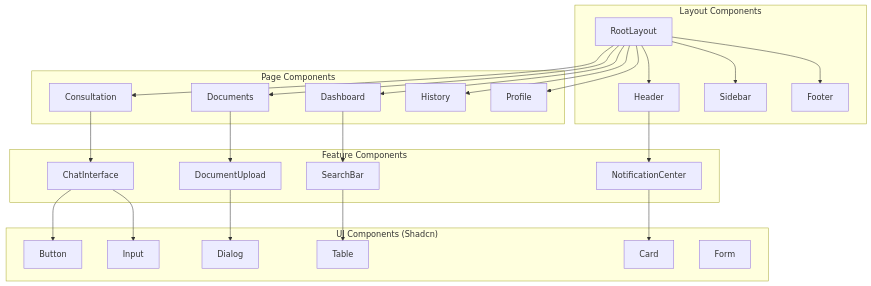
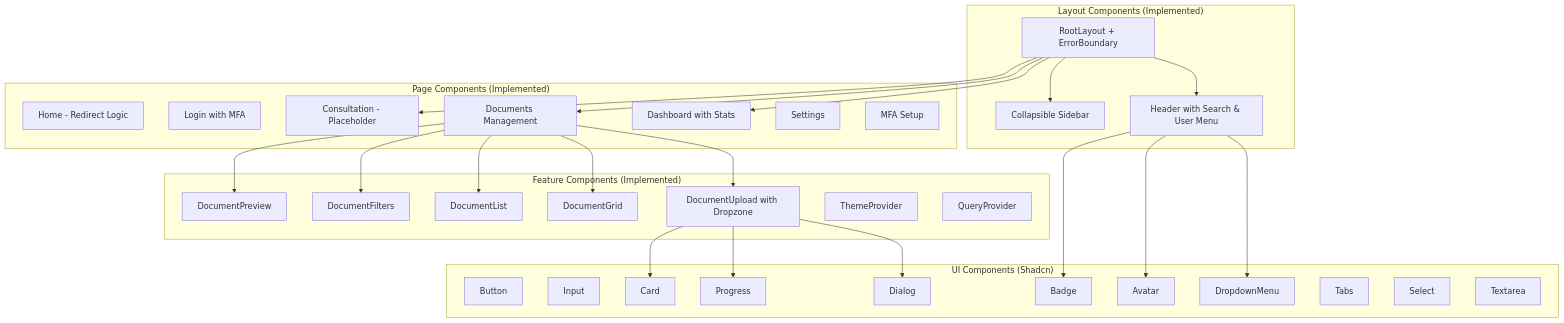
The second of 2 diagrams in .kiro/specs/frontend/design.md (MatthewTran22/KiroHack), drawn with Mermaid before and after one commit. The commit also changed other lines of this file and 2 other files, not shown here.

````diff
--- a/.kiro/specs/frontend/design.md
+++ b/.kiro/specs/frontend/design.md
@@ -69,53 +81,62 @@
 ```mermaid
 graph TB
-    subgraph "Layout Components"
-        LAYOUT[RootLayout]
-        HEADER[Header]
-        SIDEBAR[Sidebar]
-        FOOTER[Footer]
+    subgraph "Layout Components (Implemented)"
+        LAYOUT[RootLayout + ErrorBoundary]
+        HEADER[Header with Search & User Menu]
+        SIDEBAR[Collapsible Sidebar]
     end
     
-    subgraph "Page Components"
-        DASHBOARD[Dashboard]
-        CONSULTATION[Consultation]
-        DOCUMENTS[Documents]
-        HISTORY[History]
-        PROFILE[Profile]
+    subgraph "Page Components (Implemented)"
+        HOME[Home - Redirect Logic]
+        LOGIN[Login with MFA]
+        DASHBOARD[Dashboard with Stats]
+        DOCUMENTS[Documents Management]
+        CONSULTATION[Consultation - Placeholder]
+        SETTINGS[Settings]
+        MFA_SETUP[MFA Setup]
     end
     
-    subgraph "Feature Components"
-        CHAT[ChatInterface]
-        UPLOAD[DocumentUpload]
-        SEARCH[SearchBar]
-        NOTIFICATIONS[NotificationCenter]
+    subgraph "Feature Components (Implemented)"
+        DOC_UPLOAD[DocumentUpload with Dropzone]
+        DOC_GRID[DocumentGrid]
+        DOC_LIST[DocumentList]
+        DOC_FILTERS[DocumentFilters]
+        DOC_PREVIEW[DocumentPreview]
+        THEME_PROVIDER[ThemeProvider]
+        QUERY_PROVIDER[QueryProvider]
     end
     
     subgraph "UI Components (Shadcn)"
         BUTTON[Button]
         INPUT[Input]
+        CARD[Card]
         DIALOG[Dialog]
-        TABLE[Table]
-        CARD[Card]
-        FORM[Form]
+        DROPDOWN[DropdownMenu]
+        AVATAR[Avatar]
+        BADGE[Badge]
+        PROGRESS[Progress]
+        TABS[Tabs]
+        SELECT[Select]
+        TEXTAREA[Textarea]
     end
     
     LAYOUT --> HEADER
     LAYOUT --> SIDEBAR
-    LAYOUT --> FOOTER
     LAYOUT --> DASHBOARD
+    LAYOUT --> DOCUMENTS
     LAYOUT --> CONSULTATION
-    LAYOUT --> DOCUMENTS
-    LAYOUT --> HISTORY
-    LAYOUT --> PROFILE
     
-    CONSULTATION --> CHAT
-    DOCUMENTS --> UPLOAD
-    DASHBOARD --> SEARCH
-    HEADER --> NOTIFICATIONS
+    DOCUMENTS --> DOC_UPLOAD
+    DOCUMENTS --> DOC_GRID
+    DOCUMENTS --> DOC_LIST
+    DOCUMENTS --> DOC_FILTERS
+    DOCUMENTS --> DOC_PREVIEW
     
-    CHAT --> BUTTON
-    CHAT --> INPUT
-    UPLOAD --> DIALOG
-    SEARCH --> TABLE
-    NOTIFICATIONS --> CARD
+    HEADER --> DROPDOWN
+    HEADER --> AVATAR
+    HEADER --> BADGE
+    
+    DOC_UPLOAD --> DIALOG
+    DOC_UPLOAD --> PROGRESS
+    DOC_UPLOAD --> CARD
 ```
````
